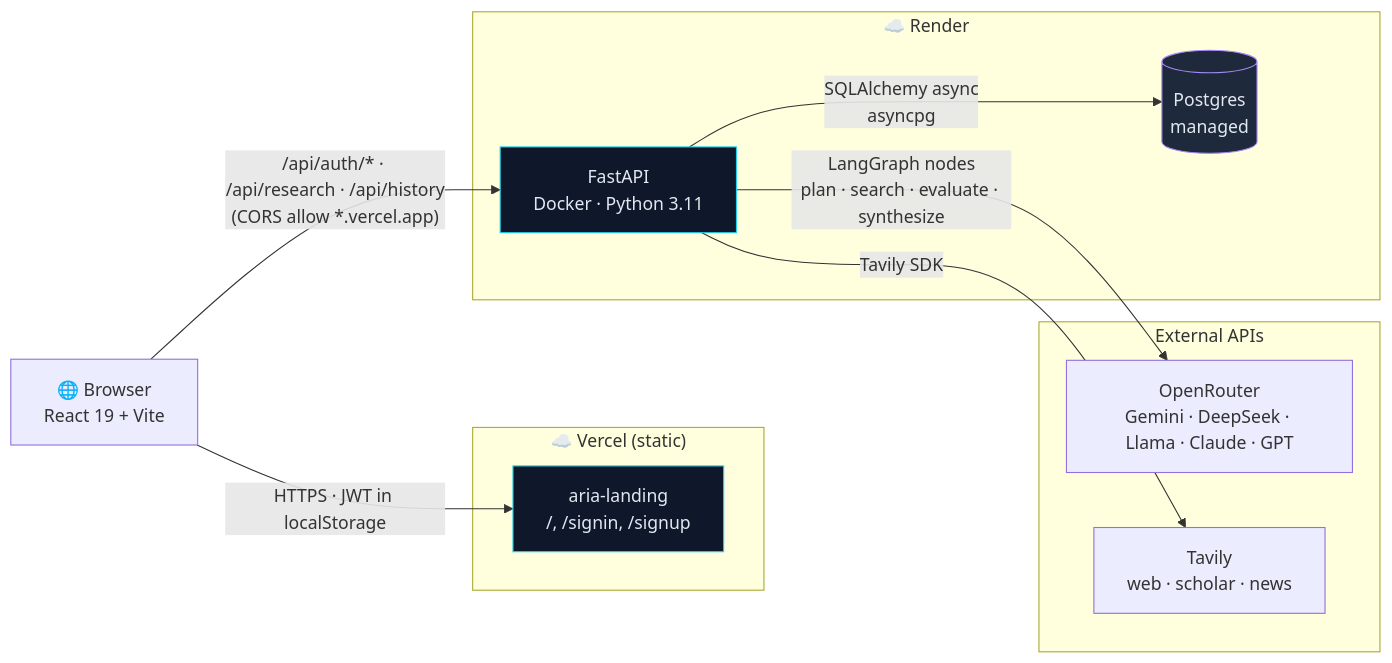
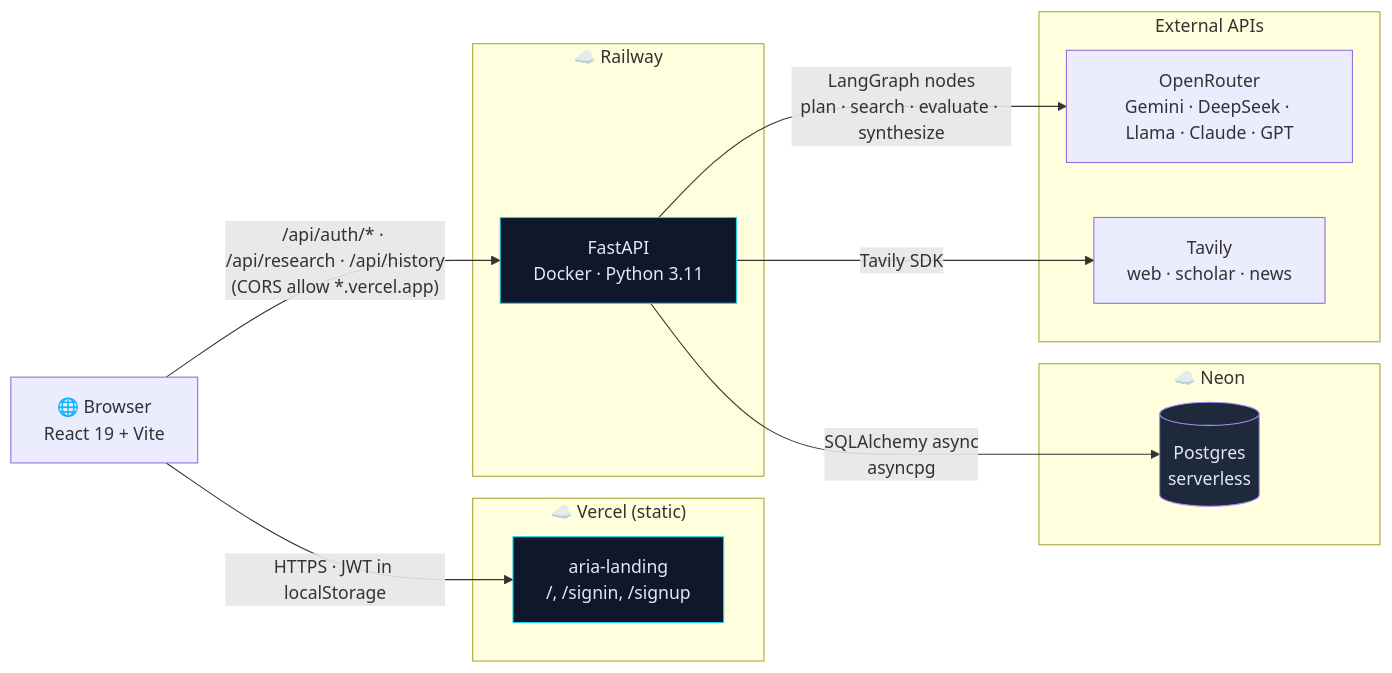
The first of 4 diagrams in README.md (RagavRida/research-agent), drawn with Mermaid before and after one commit. The commit also changed other lines of this file, not shown here.

First line of the commit message:
docs(readme): correct Railway/Neon deploy, iteration cap, and test count

````diff
--- a/README.md
+++ b/README.md
@@ -61,30 +61,33 @@
 ```mermaid
 flowchart LR
     Browser["🌐 Browser<br/>React 19 + Vite"]
 
     subgraph Vercel["☁️ Vercel (static)"]
         Landing["aria-landing<br/>/, /signin, /signup"]
     end
 
-    subgraph Render["☁️ Render"]
+    subgraph Railway["☁️ Railway"]
         API["FastAPI<br/>Docker · Python 3.11"]
-        DB[("Postgres<br/>managed")]
+    end
+
+    subgraph Neon["☁️ Neon"]
+        DB[("Postgres<br/>serverless")]
     end
 
     subgraph External["External APIs"]
         OR["OpenRouter<br/>Gemini · DeepSeek · Llama · Claude · GPT"]
         TV["Tavily<br/>web · scholar · news"]
     end
 
     Browser -- "HTTPS · JWT in localStorage" --> Landing
     Browser -- "/api/auth/* · /api/research · /api/history<br/>(CORS allow *.vercel.app)" --> API
     API -- "SQLAlchemy async<br/>asyncpg" --> DB
     API -- "LangGraph nodes<br/>plan · search · evaluate · synthesize" --> OR
     API -- "Tavily SDK" --> TV
 
     classDef edge stroke-dasharray:3 3
     classDef svc fill:#0f172a,stroke:#22d3ee,color:#e2e8f0
     classDef db fill:#1e293b,stroke:#a78bfa,color:#e2e8f0
     class API,Landing svc
     class DB db
 ```
````
